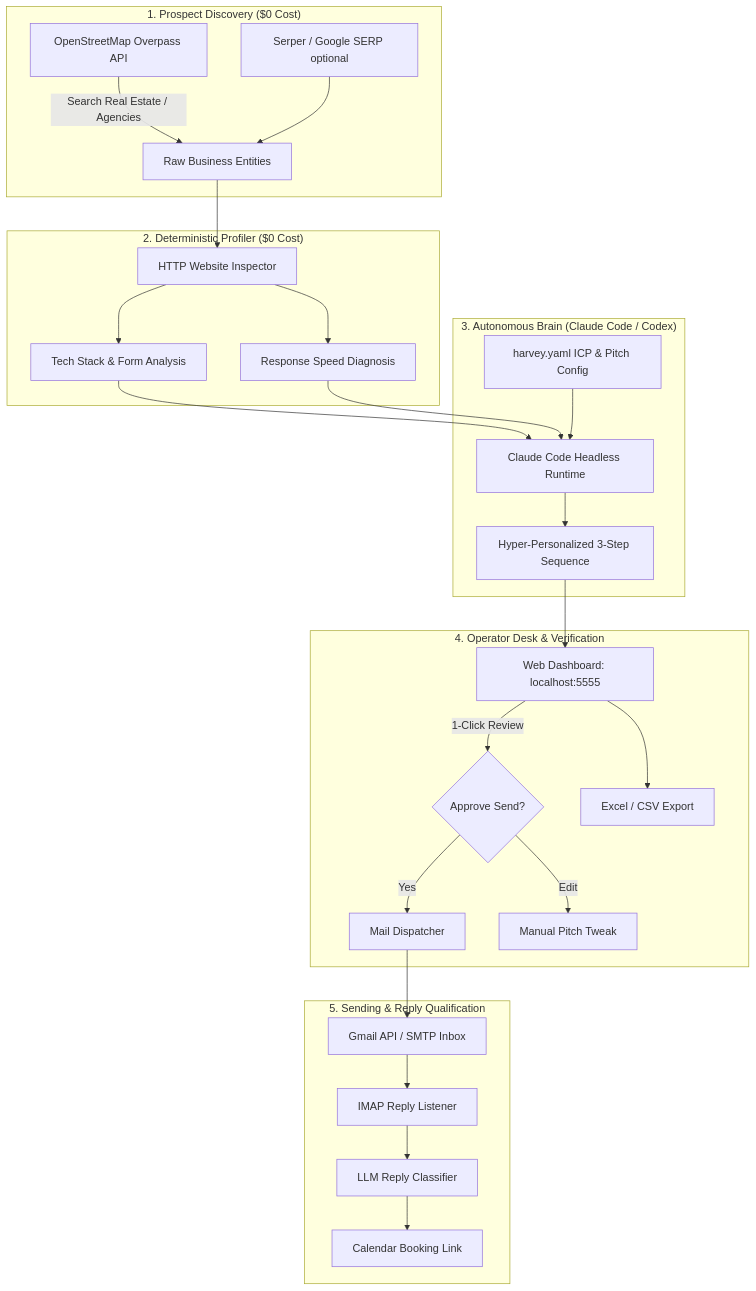
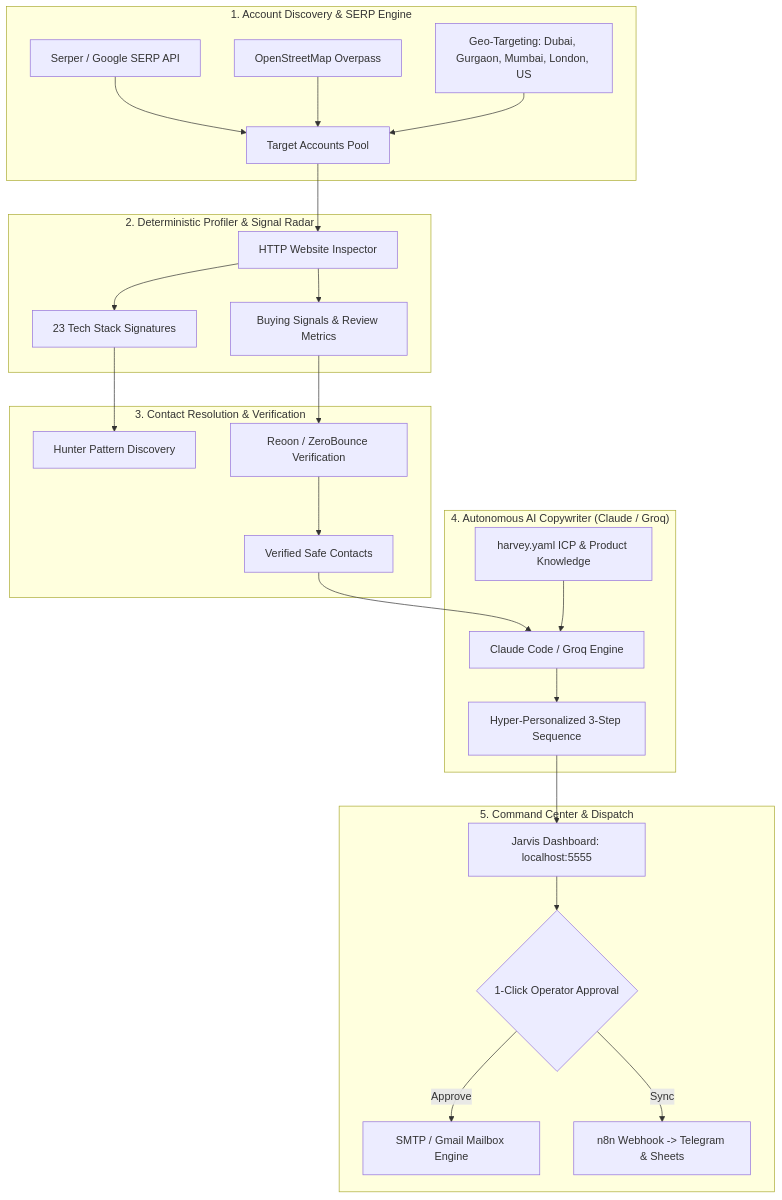
One commit to mangalcool222/Jarvis changed the diagram in README.md. Above: the diagram before and after it, drawn with Mermaid. The commit also changed other lines of this file, not shown here.

Commit message:
docs: rebrand README to Jarvis SDR with TrackKaro 2-pillar architecture

````diff
--- a/README.md
+++ b/README.md
@@ -31,35 +45,33 @@
 ```mermaid
 flowchart TD
-    subgraph Discovery ["1. Prospect Discovery ($0 Cost)"]
-        OSM[OpenStreetMap Overpass API] -->|Search Real Estate / Agencies| RAW[Raw Business Entities]
-        SERP[Serper / Google SERP optional] --> RAW
+    subgraph Discovery ["1. Account Discovery & SERP Engine"]
+        SERP[Serper / Google SERP API] --> RAW[Target Accounts Pool]
+        OSM[OpenStreetMap Overpass] --> RAW
+        GEO[Geo-Targeting: Dubai, Gurgaon, Mumbai, London, US] --> RAW
     end
 
-    subgraph Profiling ["2. Deterministic Profiler ($0 Cost)"]
+    subgraph Profiling ["2. Deterministic Profiler & Signal Radar"]
         RAW --> HTTP[HTTP Website Inspector]
-        HTTP --> TECH[Tech Stack & Form Analysis]
-        HTTP --> SPEED[Response Speed Diagnosis]
+        HTTP --> TECH[23 Tech Stack Signatures]
+        HTTP --> SIGNALS[Buying Signals & Review Metrics]
     end
 
-    subgraph Brain ["3. Autonomous Brain (Claude Code / Codex)"]
-        TECH --> CLAUDE[Claude Code Headless Runtime]
-        SPEED --> CLAUDE
-        CONFIG[harvey.yaml ICP & Pitch Config] --> CLAUDE
-        CLAUDE --> DRAFT[Hyper-Personalized 3-Step Sequence]
+    subgraph Enrichment ["3. Contact Resolution & Verification"]
+        TECH --> HUNTER[Hunter Pattern Discovery]
+        SIGNALS --> REOON[Reoon / ZeroBounce Verification]
+        REOON --> SAFE[Verified Safe Contacts]
     end
 
-    subgraph Governance ["4. Operator Desk & Verification"]
-        DRAFT --> DASH[Web Dashboard: localhost:5555]
-        DASH -->|1-Click Review| APPROVAL{Approve Send?}
-        APPROVAL -->|Yes| OUTBOX[Mail Dispatcher]
-        APPROVAL -->|Edit| TWEAK[Manual Pitch Tweak]
-        DASH --> CSV[Excel / CSV Export]
+    subgraph Brain ["4. Autonomous AI Copywriter (Claude / Groq)"]
+        SAFE --> LLM[Claude Code / Groq Engine]
+        CONFIG[harvey.yaml ICP & Product Knowledge] --> LLM
+        LLM --> DRAFT[Hyper-Personalized 3-Step Sequence]
     end
 
-    subgraph Outreach ["5. Sending & Reply Qualification"]
-        OUTBOX --> GMAIL[Gmail API / SMTP Inbox]
-        GMAIL --> REPLIES[IMAP Reply Listener]
-        REPLIES --> INTENT[LLM Reply Classifier]
-        INTENT --> MEETING[Calendar Booking Link]
+    subgraph Governance ["5. Command Center & Dispatch"]
+        DRAFT --> DASH[Jarvis Dashboard: localhost:5555]
+        DASH --> APPROVE{1-Click Operator Approval}
+        APPROVE -->|Approve| OUTBOX[SMTP / Gmail Mailbox Engine]
+        APPROVE -->|Sync| N8N[n8n Webhook -> Telegram & Sheets]
     end
 ```
````
